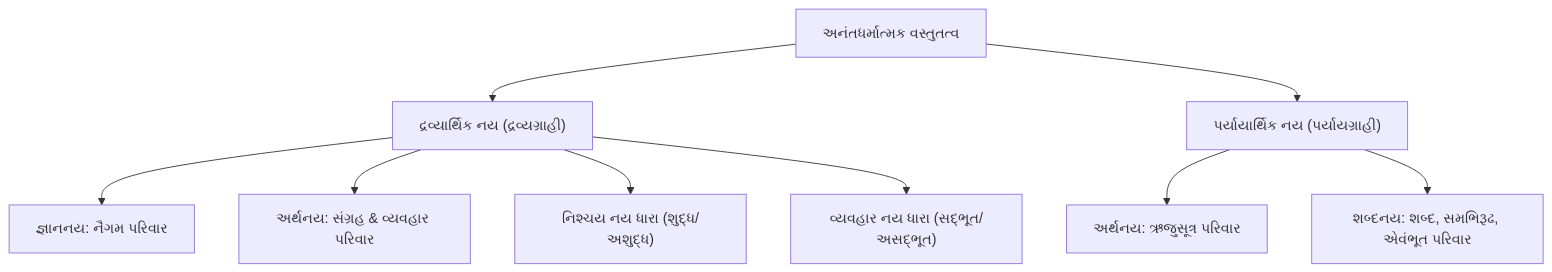
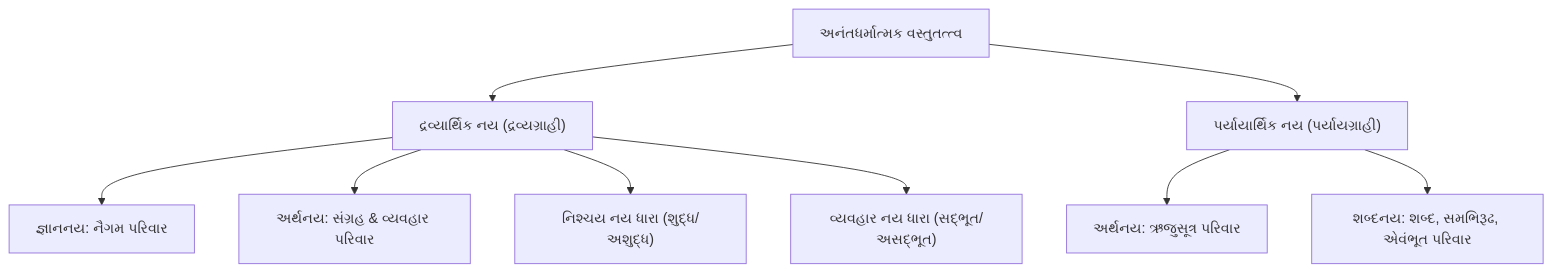
One commit to tgb2006/NayaPrakash changed the diagram in sankshipt/output/parishishta/03_taxonomical_classification_matrix.md. Above: the diagram before and after it, drawn with Mermaid. The commit also changed other lines of this file and 13486 other files, not shown here.

````diff
--- a/sankshipt/output/parishishta/03_taxonomical_classification_matrix.md
+++ b/sankshipt/output/parishishta/03_taxonomical_classification_matrix.md
@@ -10,11 +10,11 @@
 ```mermaid
 graph TD
-    A["અનંતધર્માત્મક વસ્તુતત્વ"] --> B["દ્રવ્યાર્થિક નય (દ્રવ્યગ્રાહી)"]
+    A["અનંતધર્માત્મક વસ્તુતત્ત્વ"] --> B["દ્રવ્યાર્થિક નય (દ્રવ્યગ્રાહી)"]
     A --> C["પર્યાયાર્થિક નય (પર્યાયગ્રાહી)"]
     B --> D["જ્ઞાનનય: નૈગમ પરિવાર"]
     B --> E["અર્થનય: સંગ્રહ & વ્યવહાર પરિવાર"]
     C --> F["અર્થનય: ઋજુસૂત્ર પરિવાર"]
     C --> G["શબ્દનય: શબ્દ, સમભિરૂઢ, એવંભૂત પરિવાર"]
     B --> H["નિશ્ચય નય ધારા (શુદ્ધ/અશુદ્ધ)"]
     B --> I["વ્યવહાર નય ધારા (સદ્ભૂત/અસદ્ભૂત)"]
 ```
````
